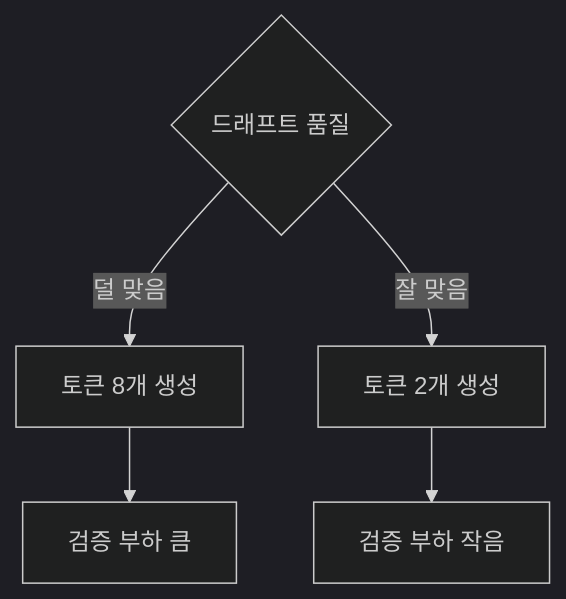
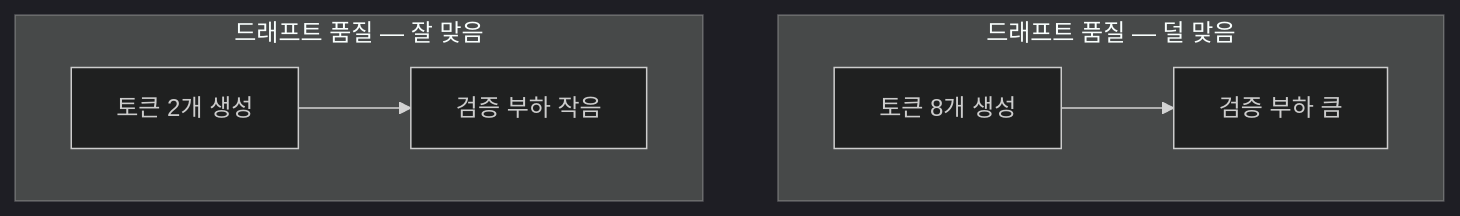
The eighth of 10 diagrams in insights/frames/exp/2026-08-27-openai-jalapeno-tech-opus.md (yohan4477/semi-report), drawn with Mermaid (dark theme) before and after one commit. The commit also changed other lines of this file and 4 other files, not shown here.

````diff
--- a/insights/frames/exp/2026-08-27-openai-jalapeno-tech-opus.md
+++ b/insights/frames/exp/2026-08-27-openai-jalapeno-tech-opus.md
@@ -208,8 +214,9 @@
 ```mermaid
 flowchart TD
-    R{"드래프트 품질"}
-    R -->|덜 맞음| A1["토큰 8개 생성"]
-    A1 --> A2["검증 부하 큼"]
-    R -->|잘 맞음| B1["토큰 2개 생성"]
-    B1 --> B2["검증 부하 작음"]
+    subgraph A["드래프트 품질 — 덜 맞음"]
+        A1["토큰 8개 생성"] --> A2["검증 부하 큼"]
+    end
+    subgraph B["드래프트 품질 — 잘 맞음"]
+        B1["토큰 2개 생성"] --> B2["검증 부하 작음"]
+    end
 ```
````
